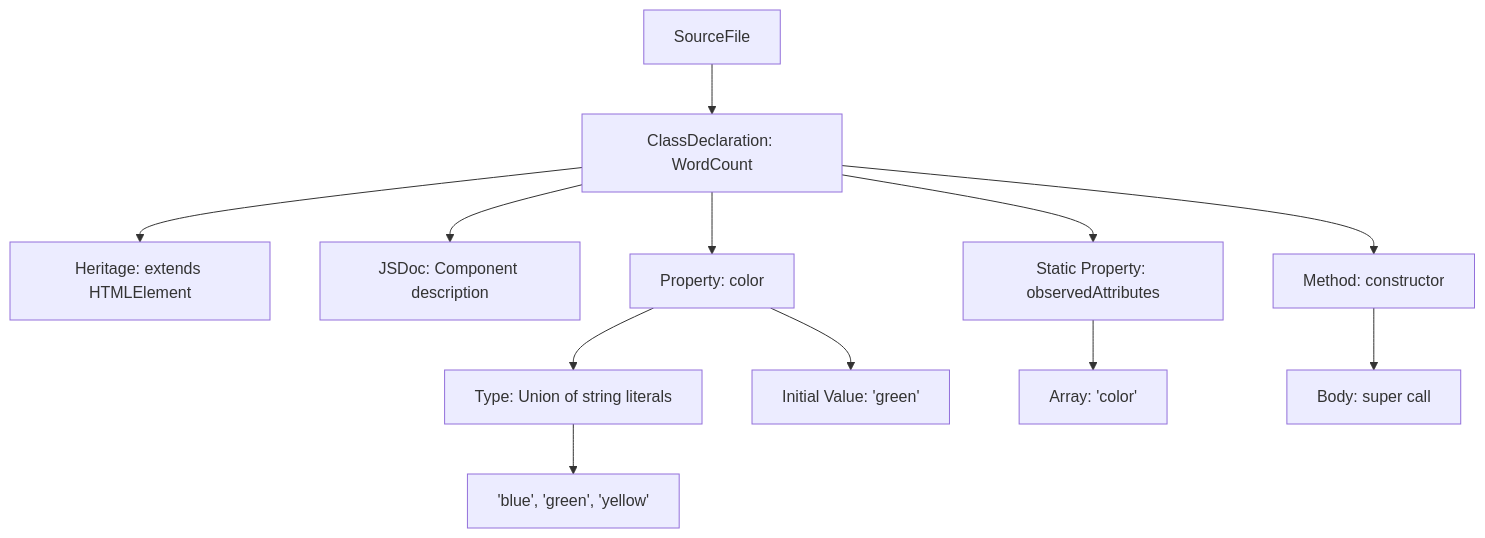
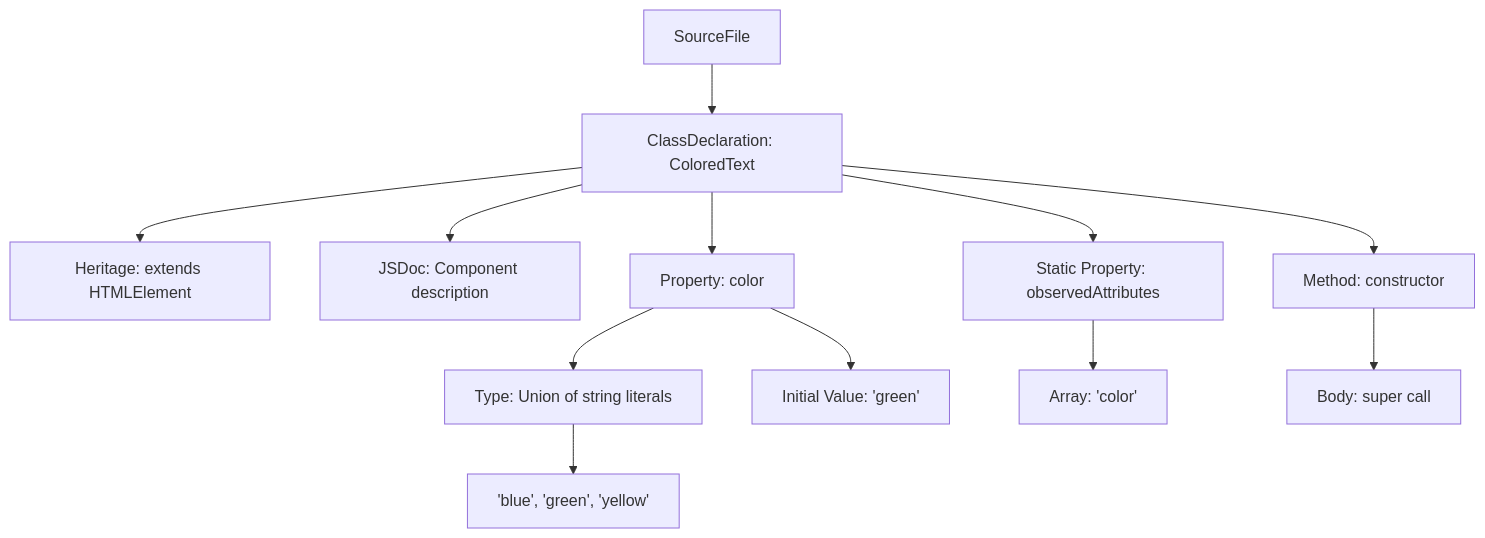
One commit to nick-romano/dev-tech-summit-presentations changed the diagram in 2025/under-the-hood/pages/1.1.compilation.md. Above: the diagram before and after it, drawn with Mermaid. The commit also changed other lines of this file and 20 other files, not shown here.

````diff
--- a/2025/under-the-hood/pages/1.1.compilation.md
+++ b/2025/under-the-hood/pages/1.1.compilation.md
@@ -318,26 +317,26 @@
 ```mermaid {theme: 'rough', scale: 0.6}
 graph TD
-    A[SourceFile] --> B[ClassDeclaration: WordCount]
+    A[SourceFile] --> B[ClassDeclaration: ColoredText]
     
     %% Class heritage and JSDoc
     B --> C[Heritage: extends HTMLElement]
     B --> D[JSDoc: Component description]
     
     %% Class members
     B --> E[Property: color]
     B --> F[Static Property: observedAttributes]
     B --> G[Method: constructor]
     
     %% Property details
     E --> E1[Type: Union of string literals]
     E --> E2[Initial Value: 'green']
     
     %% Static property details
     F --> F1[Array: 'color']
     
     %% Constructor details
     G --> G1[Body: super call]
     
     %% Type union details
     E1 --> E1a['blue', 'green', 'yellow']
 ```
````
